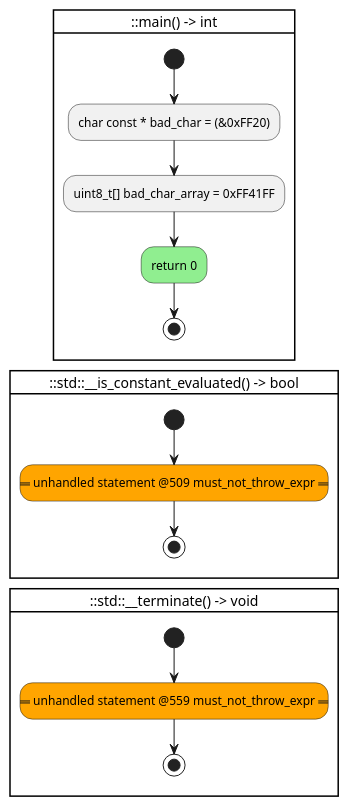
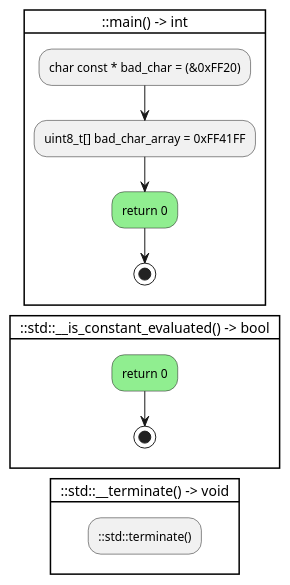
One commit to anetczuk/gcc-uml changed the diagram in examples/ctrlflowgraph/ctrl_invalidchar.cpp.puml. Above: the diagram before and after it, drawn with PlantUML. The commit also changed 12 other files, not shown here.

```diff
--- a/examples/ctrlflowgraph/ctrl_invalidchar.cpp.puml
+++ b/examples/ctrlflowgraph/ctrl_invalidchar.cpp.puml
@@ -1,24 +1,23 @@
 @startuml
 
 card "::main() -> int" {
-    start
     :char const * bad_char = (&0xFF20);
     :uint8_t[] bad_char_array = 0xFF41FF;
     #lightgreen:return 0;
     stop
+    -[hidden]->
 }
 
 card "::std::__is_constant_evaluated() -> bool" {
-    start
-    #orange:== unhandled statement @509 must_not_throw_expr ==;
+    #lightgreen:return 0;
     stop
+    -[hidden]->
 }
 
 card "::std::__terminate() -> void" {
-    start
-    #orange:== unhandled statement @559 must_not_throw_expr ==;
-    stop
+    :::std::terminate();
+    -[hidden]->
 }
 
 
 @enduml
```
